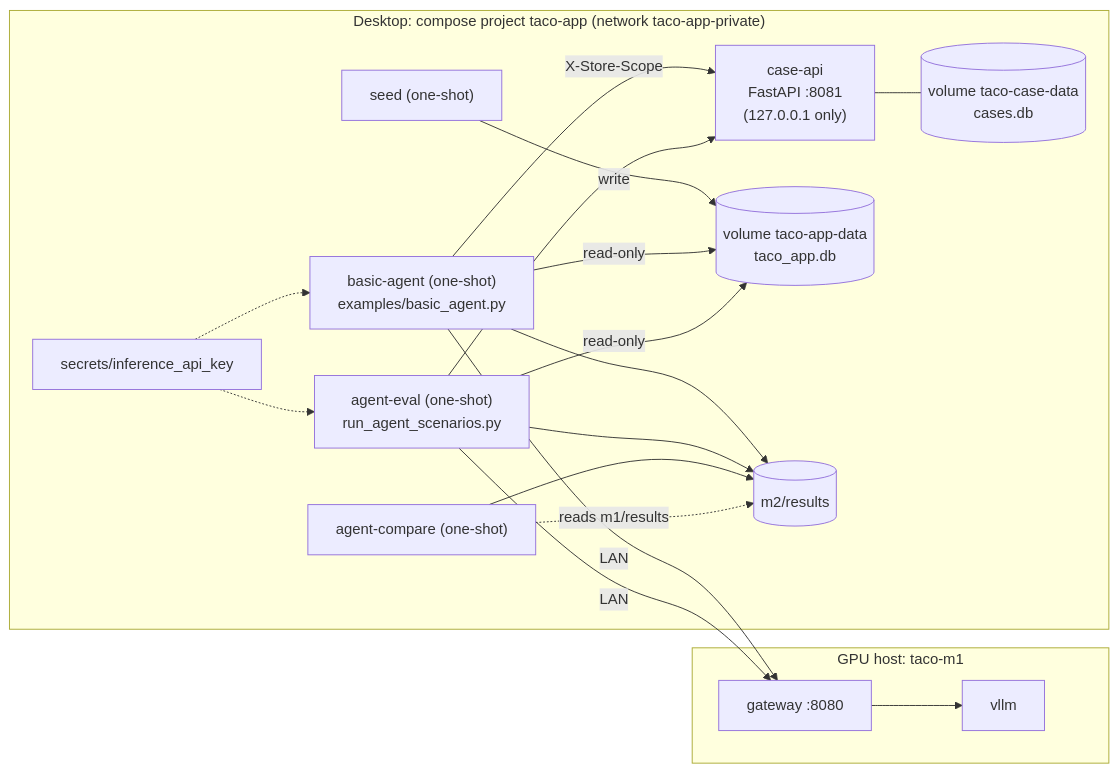
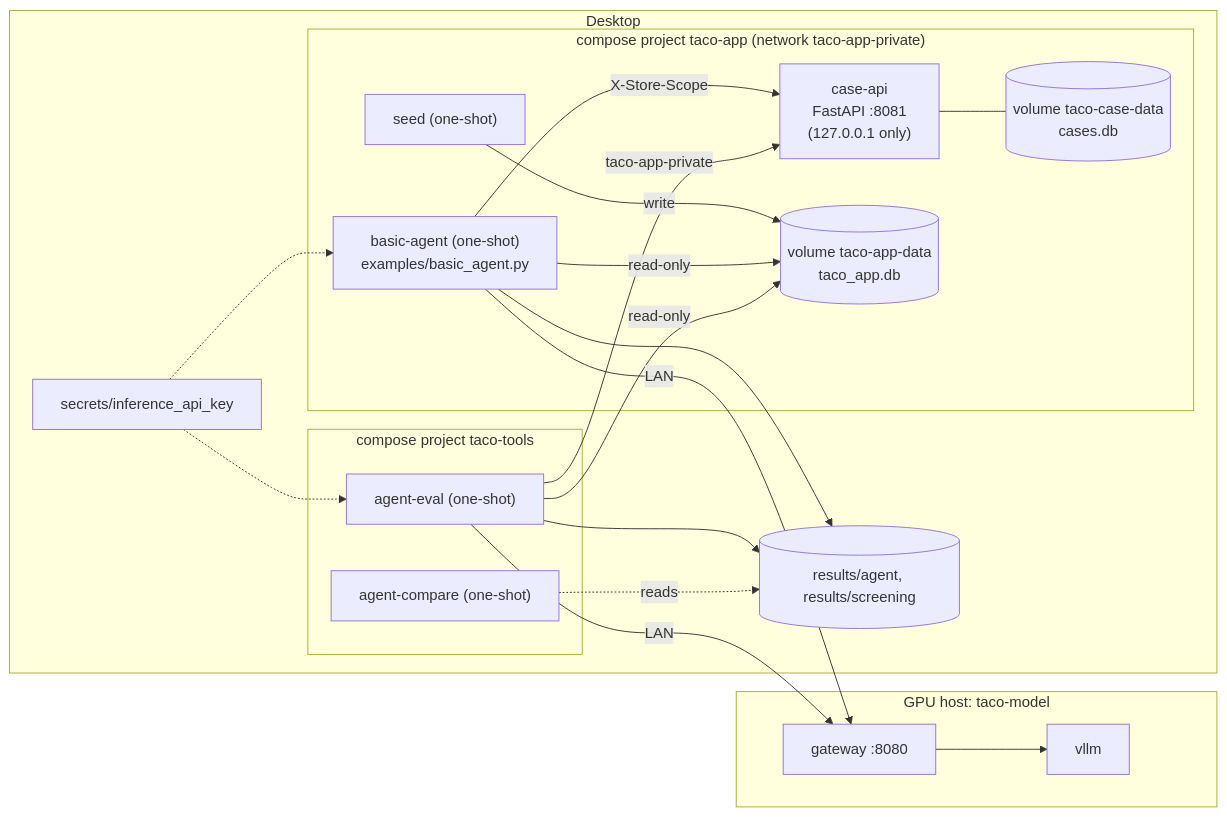
One commit to ned1313/Deploying-and-Operating-Small-Language-Model-Systems changed the fifth of 10 diagrams in ARCHITECTURE.md. Above: the diagram before and after it, drawn with Mermaid. The commit also changed other lines of this file and 67 other files, not shown here.

````diff
--- a/ARCHITECTURE.md
+++ b/ARCHITECTURE.md
@@ -122,31 +141,34 @@
 ```mermaid
 flowchart LR
-    subgraph Desktop["Desktop: compose project taco-app (network taco-app-private)"]
-        Agent["basic-agent (one-shot)<br/>examples/basic_agent.py"]
-        Eval["agent-eval (one-shot)<br/>run_agent_scenarios.py"]
-        Cmp["agent-compare (one-shot)"]
-        SeedJ["seed (one-shot)"]
-        Case["case-api<br/>FastAPI :8081<br/>(127.0.0.1 only)"]
-        AppVol[("volume taco-app-data<br/>taco_app.db")]
-        CaseVol[("volume taco-case-data<br/>cases.db")]
+    subgraph Desktop["Desktop"]
+        subgraph AppP["compose project taco-app (network taco-app-private)"]
+            Agent["basic-agent (one-shot)<br/>examples/basic_agent.py"]
+            SeedJ["seed (one-shot)"]
+            Case["case-api<br/>FastAPI :8081<br/>(127.0.0.1 only)"]
+            AppVol[("volume taco-app-data<br/>taco_app.db")]
+            CaseVol[("volume taco-case-data<br/>cases.db")]
+        end
+        subgraph ToolsP["compose project taco-tools"]
+            Eval["agent-eval (one-shot)"]
+            Cmp["agent-compare (one-shot)"]
+        end
         Secret["secrets/inference_api_key"]
-        Res[("m2/results")]
+        Res[("results/agent, results/screening")]
     end
-    subgraph GPU["GPU host: taco-m1"]
+    subgraph GPU["GPU host: taco-model"]
         GW["gateway :8080"] --> VLLM["vllm"]
     end
     SeedJ -- write --> AppVol
     Agent -- read-only --> AppVol
     Eval -- read-only --> AppVol
     Case --- CaseVol
     Agent -- "X-Store-Scope" --> Case
-    Eval --> Case
+    Eval -- "taco-app-private" --> Case
     Agent -- LAN --> GW
     Eval -- LAN --> GW
     Secret -.-> Agent
     Secret -.-> Eval
     Agent --> Res
     Eval --> Res
-    Cmp --> Res
-    Cmp -. "reads m1/results" .-> Res
+    Cmp -. "reads" .-> Res
 ```
````
